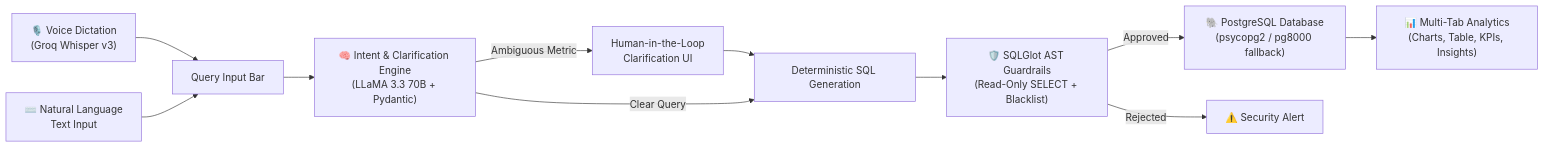
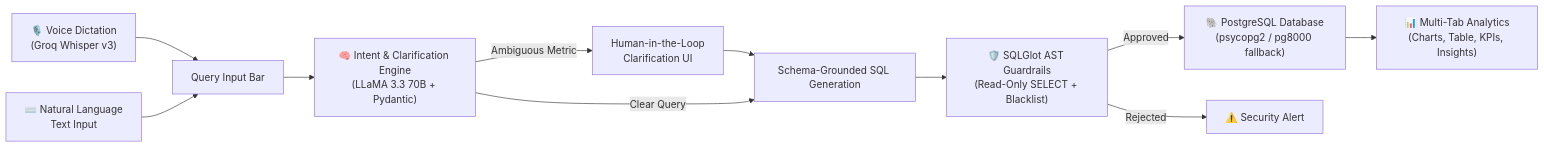
One commit to Harsh-Jain-10/Txt-to-SQL-APP changed the diagram in README.md. Above: the diagram before and after it, drawn with Mermaid. The commit also changed other lines of this file, not shown here.

````diff
--- a/README.md
+++ b/README.md
@@ -9,13 +9,13 @@
 ```mermaid
 flowchart LR
     A["🎙️ Voice Dictation<br/>(Groq Whisper v3)"] --> C["Query Input Bar"]
     B["⌨️ Natural Language<br/>Text Input"] --> C
     C --> D["🧠 Intent & Clarification Engine<br/>(LLaMA 3.3 70B + Pydantic)"]
     D -->|"Ambiguous Metric"| E["Human-in-the-Loop<br/>Clarification UI"]
-    E --> F["Deterministic SQL Generation"]
+    E --> F["Schema-Grounded SQL Generation"]
     D -->|"Clear Query"| F
     F --> G["🛡️ SQLGlot AST Guardrails<br/>(Read-Only SELECT + Blacklist)"]
     G -->|"Approved"| H["🐘 PostgreSQL Database<br/>(psycopg2 / pg8000 fallback)"]
     H --> I["📊 Multi-Tab Analytics<br/>(Charts, Table, KPIs, Insights)"]
     G -->|"Rejected"| J["⚠️ Security Alert"]
 ```
````
